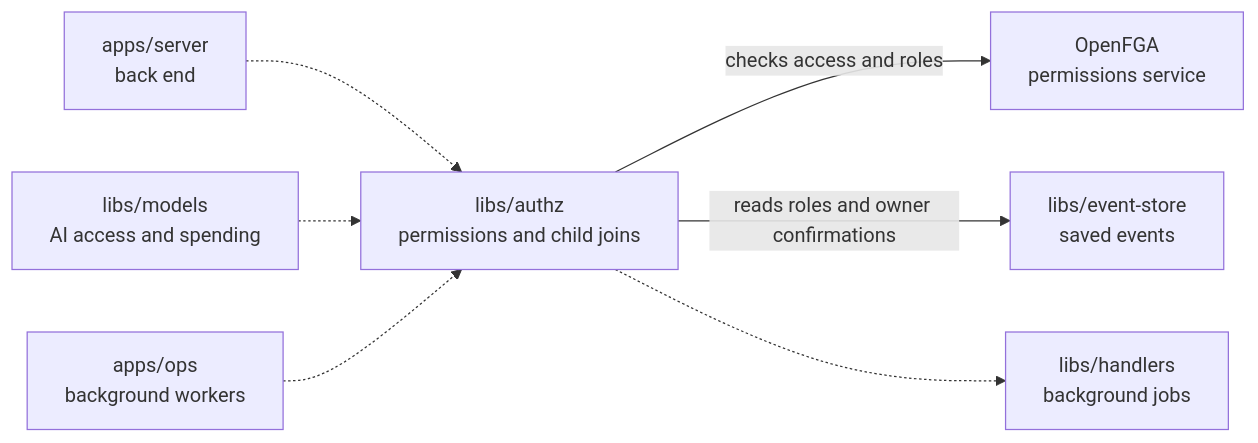
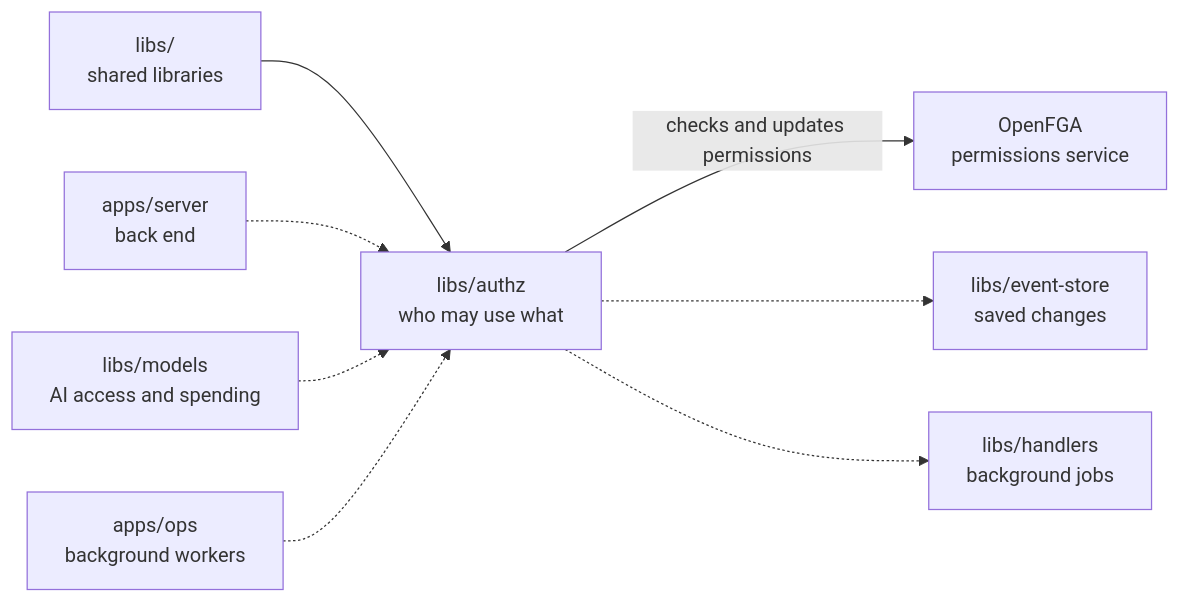
One commit to elewa-git/opencrane-new changed the diagram in libs/authz/README.md. Above: the diagram before and after it, drawn with Mermaid. The commit also changed other lines of this file and 8 other files, not shown here.

Commit message:
📚 Explain the shared libraries in plain language.

````diff
--- a/libs/authz/README.md
+++ b/libs/authz/README.md
@@ -11,9 +20,10 @@
 ```mermaid
 flowchart LR
-  server["apps/server<br/>back end"] -.-> authz["libs/authz<br/>permissions and child joins"]
+  parent["libs/<br/>shared libraries"] --> authz["libs/authz<br/>who may use what"]
+  server["apps/server<br/>back end"] -.-> authz
   models["libs/models<br/>AI access and spending"] -.-> authz
   ops["apps/ops<br/>background workers"] -.-> authz
-  authz -->|checks access and roles| fga["OpenFGA<br/>permissions service"]
-  authz -->|reads roles and owner confirmations| store["libs/event-store<br/>saved events"]
+  authz -->|checks and updates permissions| fga["OpenFGA<br/>permissions service"]
+  authz -.-> store["libs/event-store<br/>saved changes"]
   authz -.-> handlers["libs/handlers<br/>background jobs"]
 ```
````
